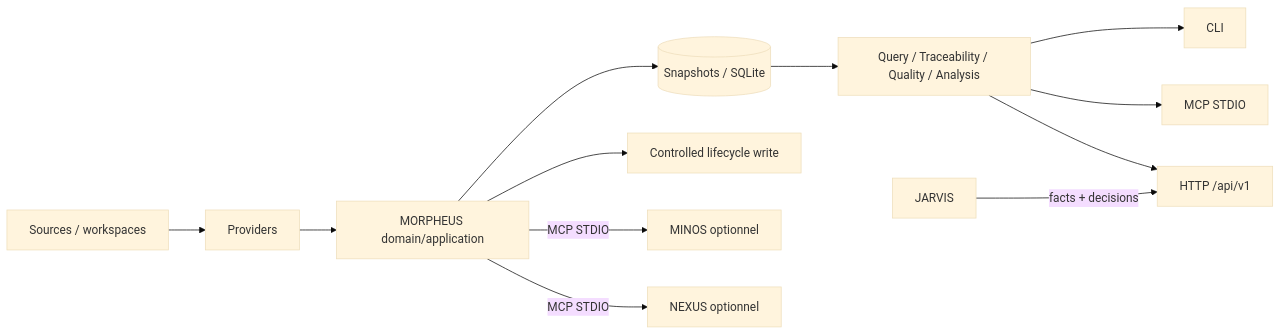
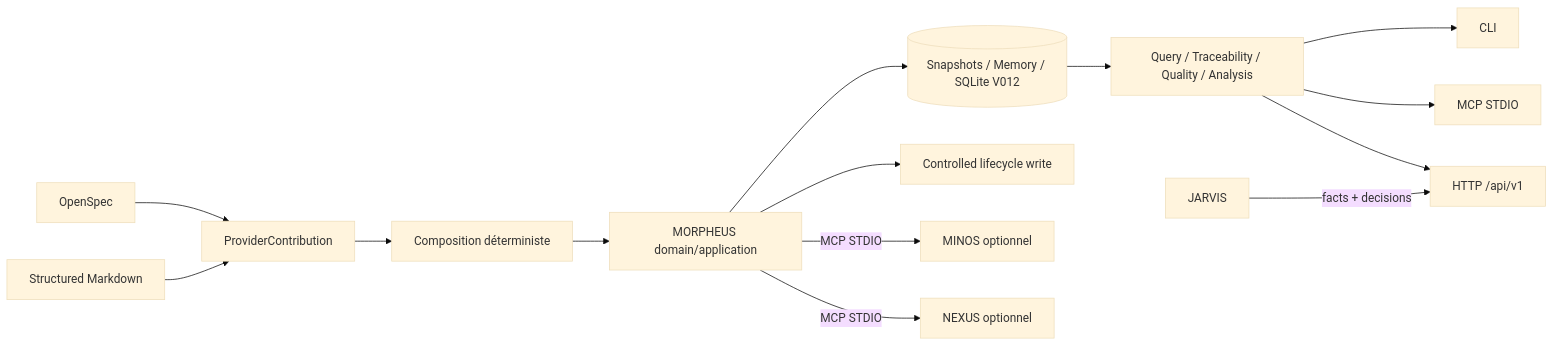
The third of 3 diagrams in docs/README.md (FTurleque/morpheus-engine), drawn with Mermaid (base theme) before and after one commit. The commit also changed other lines of this file, not shown here.

````diff
--- a/docs/README.md
+++ b/docs/README.md
@@ -58,14 +58,16 @@
 ```mermaid
 flowchart LR
-    SRC[Sources / workspaces] --> P[Providers]
-    P --> M[MORPHEUS domain/application]
-    M --> S[(Snapshots / SQLite)]
+    O[OpenSpec] --> PC[ProviderContribution]
+    MD[Structured Markdown] --> PC
+    PC --> C[Composition déterministe]
+    C --> M[MORPHEUS domain/application]
+    M --> S[(Snapshots / Memory / SQLite V012)]
     S --> Q[Query / Traceability / Quality / Analysis]
     Q --> CLI[CLI]
     Q --> MCP[MCP STDIO]
     Q --> API[HTTP /api/v1]
     M --> W[Controlled lifecycle write]
     M -->|MCP STDIO| MINOS[MINOS optionnel]
     M -->|MCP STDIO| NEXUS[NEXUS optionnel]
     J[JARVIS] -->|facts + decisions| API
 ```
````
